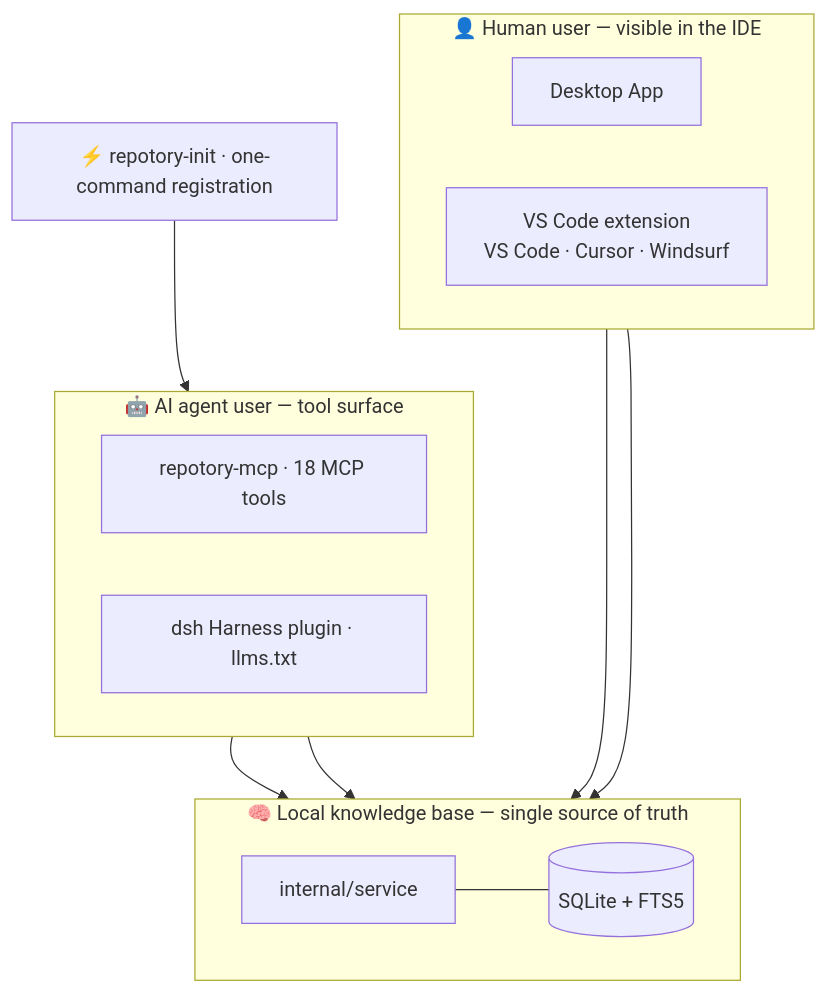
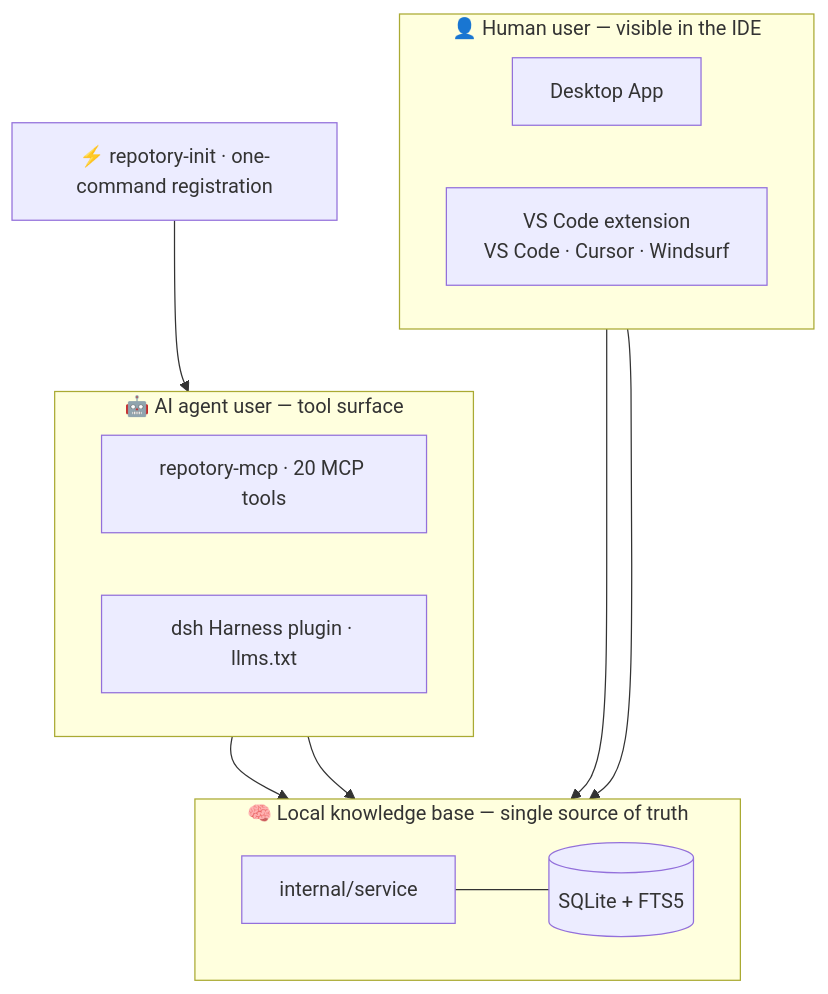
One commit to sky-jiangcheng/cinder changed the fifth of 5 diagrams in docs/en/architecture.md. Above: the diagram before and after it, drawn with Mermaid. The commit also changed other lines of this file and 12 other files, not shown here.

````diff
--- a/docs/en/architecture.md
+++ b/docs/en/architecture.md
@@ -125,24 +125,24 @@
 ```mermaid
 flowchart TB
     subgraph HUMAN[👤 Human user — visible in the IDE]
         direction LR
         DESKTOP[Desktop App]
         VSCODE[VS Code extension<br/>VS Code · Cursor · Windsurf]
     end
     subgraph AGENT[🤖 AI agent user — tool surface]
         direction LR
-        MCP[repotory-mcp · 18 MCP tools]
+        MCP[repotory-mcp · 20 MCP tools]
         DSH[dsh Harness plugin · llms.txt]
     end
     subgraph CORE[🧠 Local knowledge base — single source of truth]
         direction LR
         SVC[internal/service] --- DB[(SQLite + FTS5)]
     end
     HUMAN ~~~ AGENT ~~~ CORE
     INIT[⚡ repotory-init · one-command registration]
     INIT --> MCP
     DESKTOP --> SVC
     VSCODE --> SVC
     MCP --> SVC
     DSH --> SVC
 ```
````
